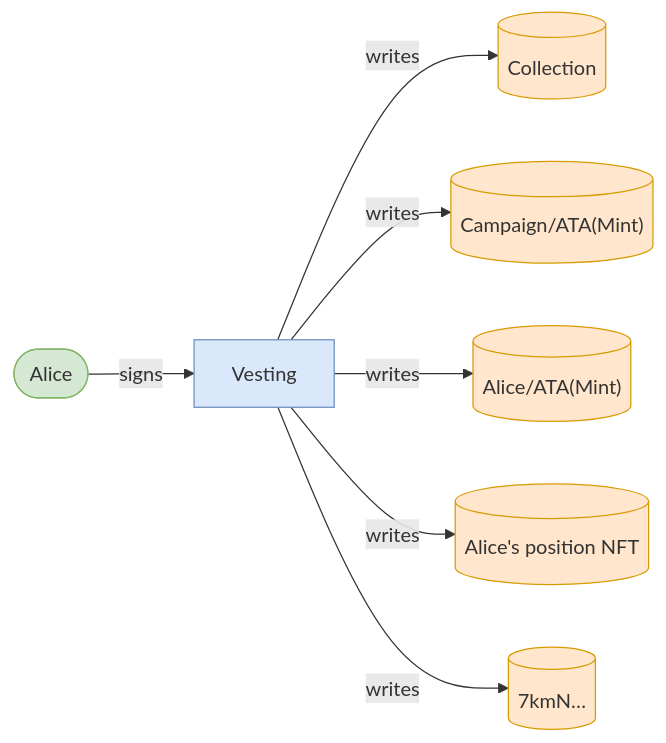
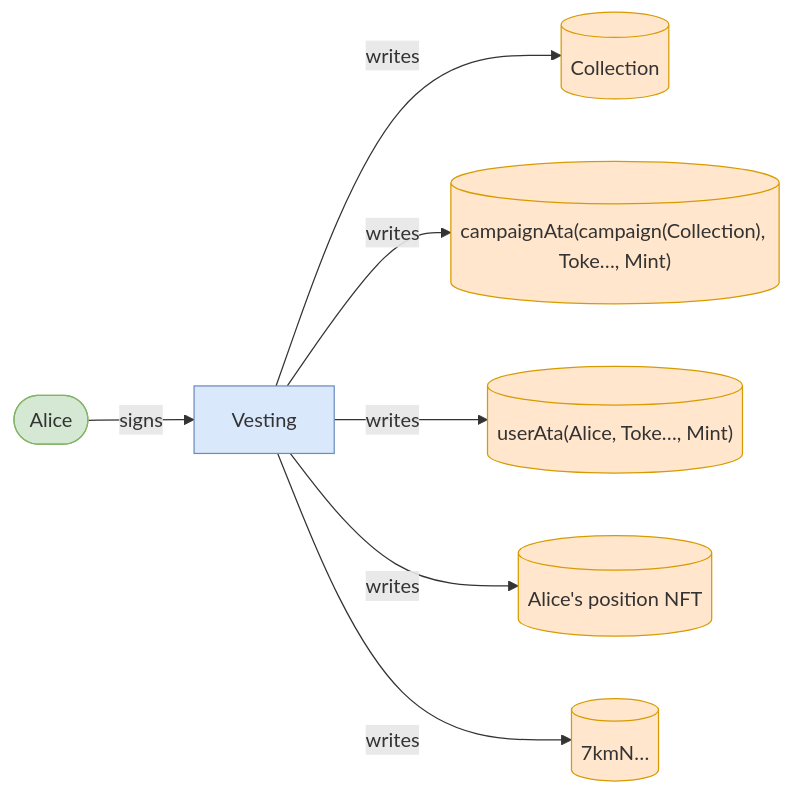
One commit to cds-turbin3/vesting-position changed diagram 11 of 12 in babelfish-tests/test-report/vested_tokens_are_forfeited_past_the_grace_window.md. Above: the diagram before and after it, drawn with Mermaid. The commit also changed other lines of this file and 51 other files, not shown here.

````diff
--- a/babelfish-tests/test-report/vested_tokens_are_forfeited_past_the_grace_window.md
+++ b/babelfish-tests/test-report/vested_tokens_are_forfeited_past_the_grace_window.md
@@ -521,19 +473,19 @@
 ```mermaid
 flowchart LR
     Vesting["Vesting"]:::program
     Alice(["Alice"]):::signer
     Collection[("Collection")]:::state
-    CampaignATAMint[("Campaign/ATA(Mint)")]:::state
-    AliceATAMint[("Alice/ATA(Mint)")]:::state
+    campaignAtacampaignCollectionTokeMint[("campaignAta(campaign(Collection), Toke…, Mint)")]:::state
+    userAtaAliceTokeMint[("userAta(Alice, Toke…, Mint)")]:::state
     AlicespositionNFT[("Alice's position NFT")]:::state
     7kmN[("7kmN…")]:::state
     Alice -->|signs| Vesting
     Vesting -->|writes| Collection
-    Vesting -->|writes| CampaignATAMint
-    Vesting -->|writes| AliceATAMint
+    Vesting -->|writes| campaignAtacampaignCollectionTokeMint
+    Vesting -->|writes| userAtaAliceTokeMint
     Vesting -->|writes| AlicespositionNFT
     Vesting -->|writes| 7kmN
     classDef program fill:#dae8fc,stroke:#6c8ebf;
     classDef signer fill:#d5e8d4,stroke:#82b366;
     classDef state fill:#ffe6cc,stroke:#d79b00;
 ```
````
